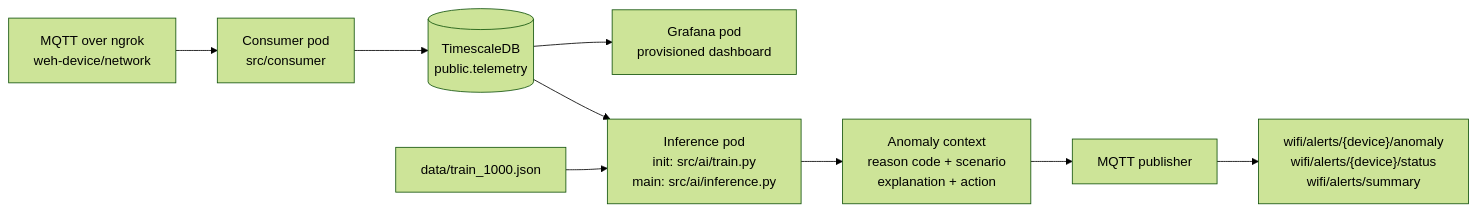
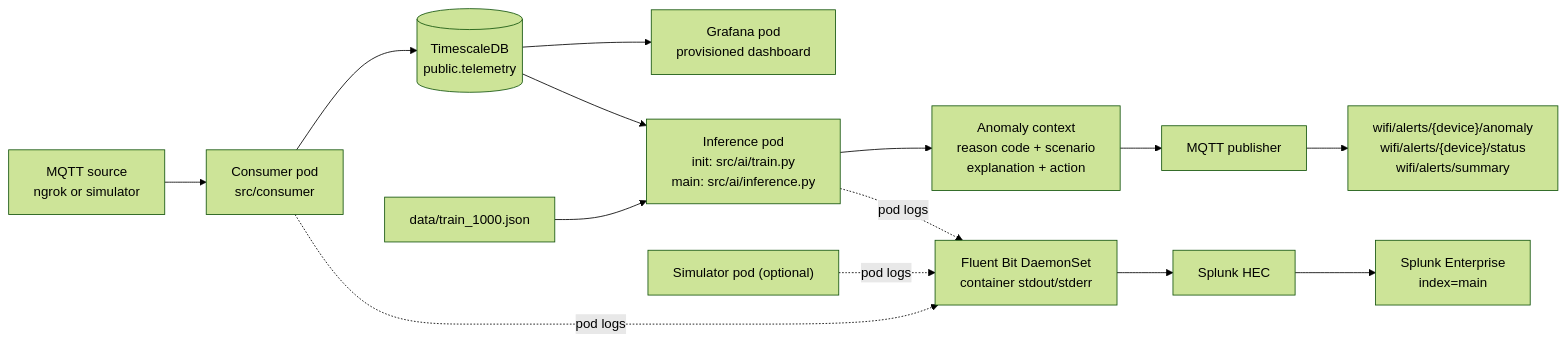
Before and after one commit to arnabnexus/devicedatahub-end-to-end: the first of 2 diagrams in ARCHITECTURE.md, drawn with Mermaid (forest theme). The commit also changed other lines of this file and 14 other files, not shown here.

````diff
--- a/ARCHITECTURE.md
+++ b/ARCHITECTURE.md
@@ -5,11 +5,16 @@
 ```mermaid
 flowchart LR
-    M["MQTT over ngrok<br/>weh-device/network"] --> C["Consumer pod<br/>src/consumer"]
+    M["MQTT source<br/>ngrok or simulator"] --> C["Consumer pod<br/>src/consumer"]
     C --> T[("TimescaleDB<br/>public.telemetry")]
     T --> G["Grafana pod<br/>provisioned dashboard"]
     T --> I["Inference pod<br/>init: src/ai/train.py<br/>main: src/ai/inference.py"]
     D["data/train_1000.json"] --> I
     I --> A["Anomaly context<br/>reason code + scenario<br/>explanation + action"]
     A --> P["MQTT publisher"]
     P --> M2["wifi/alerts/{device}/anomaly<br/>wifi/alerts/{device}/status<br/>wifi/alerts/summary"]
+    LF["Fluent Bit DaemonSet<br/>container stdout/stderr"] --> HEC["Splunk HEC"]
+    HEC --> SPL["Splunk Enterprise<br/>index=main"]
+    C -. pod logs .-> LF
+    I -. pod logs .-> LF
+    SIM["Simulator pod (optional)"] -. pod logs .-> LF
 ```
````
